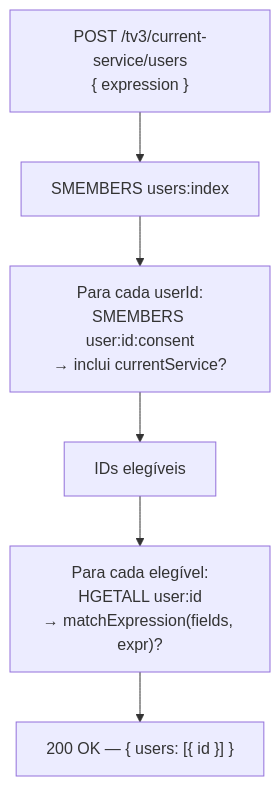
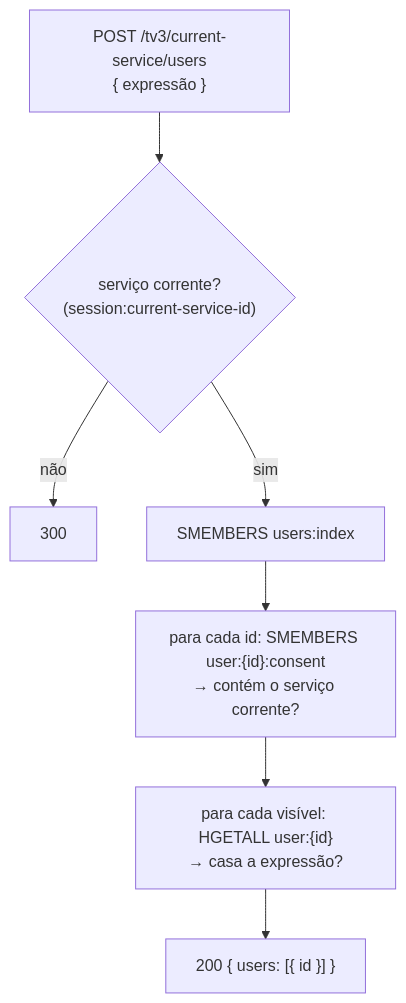
One commit to multisens/Infra changed the first of 2 diagrams in docs/07-usuarios-perfis.md. Above: the diagram before and after it, drawn with Mermaid. The commit also changed other lines of this file and 20 other files, not shown here.

````diff
--- a/docs/07-usuarios-perfis.md
+++ b/docs/07-usuarios-perfis.md
@@ -169,11 +79,14 @@
 ```mermaid
 flowchart TD
-    REQ["POST /tv3/current-service/users\n{ expression }"]
+    REQ["POST /tv3/current-service/users<br/>{ expressão }"]
+    SVC{"serviço corrente?<br/>(session:current-service-id)"}
+    E300["300"]
     IDX["SMEMBERS users:index"]
-    FILTER_CONSENT["Para cada userId:\nSMEMBERS user:id:consent\n→ inclui currentService?"]
-    ELIGIBLE["IDs elegíveis"]
-    FILTER_EXPR["Para cada elegível:\nHGETALL user:id\n→ matchExpression(fields, expr)?"]
-    RESP["200 OK — { users: [{ id }] }"]
+    VIS["para cada id: SMEMBERS user:{id}:consent<br/>→ contém o serviço corrente?"]
+    EXP["para cada visível: HGETALL user:{id}<br/>→ casa a expressão?"]
+    RESP["200 { users: [{ id }] }"]
 
-    REQ --> IDX --> FILTER_CONSENT --> ELIGIBLE --> FILTER_EXPR --> RESP
+    REQ --> SVC
+    SVC -->|"não"| E300
+    SVC -->|"sim"| IDX --> VIS --> EXP --> RESP
 ```
````
